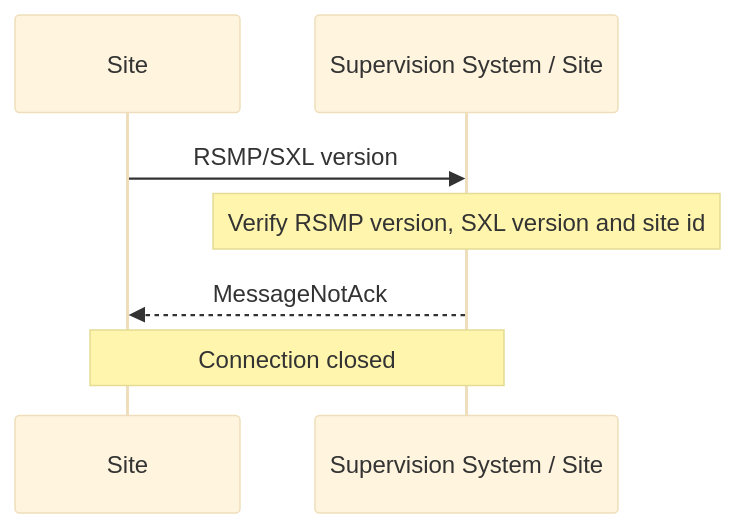
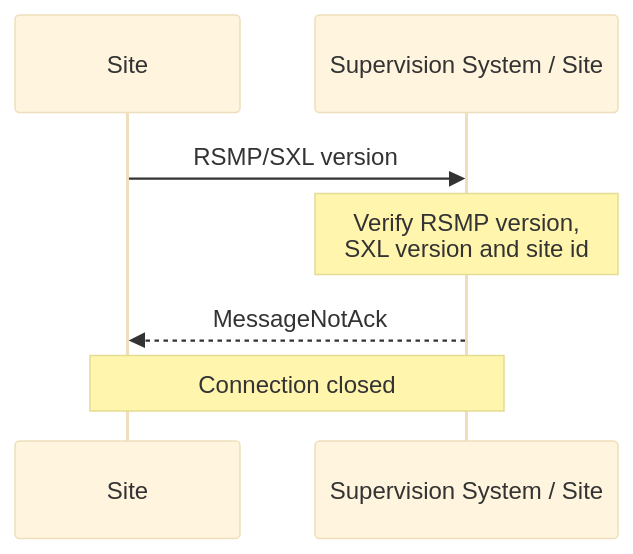
The third of 3 diagrams in pages/applicability/transport_of_data.md (rsmp-nordic/rsmp_core), drawn with Mermaid (base theme) before and after one commit. The commit also changed other lines of this file and 5 other files, not shown here.

````diff
--- a/pages/applicability/transport_of_data.md
+++ b/pages/applicability/transport_of_data.md
@@ -263,9 +263,9 @@
 ```mermaid
 sequenceDiagram
     participant A as Site
     participant B as Supervision System / Site
     A->>B: RSMP/SXL version
-    Note over B: Verify RSMP version, SXL version and site id
+    Note over B: Verify RSMP version,<br/>SXL version and site id
     B-->>A: MessageNotAck
     Note over A,B: Connection closed
 ```
````
